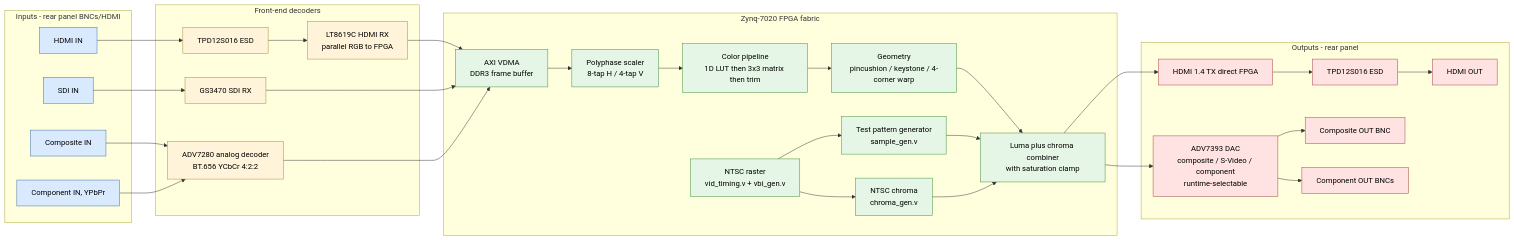
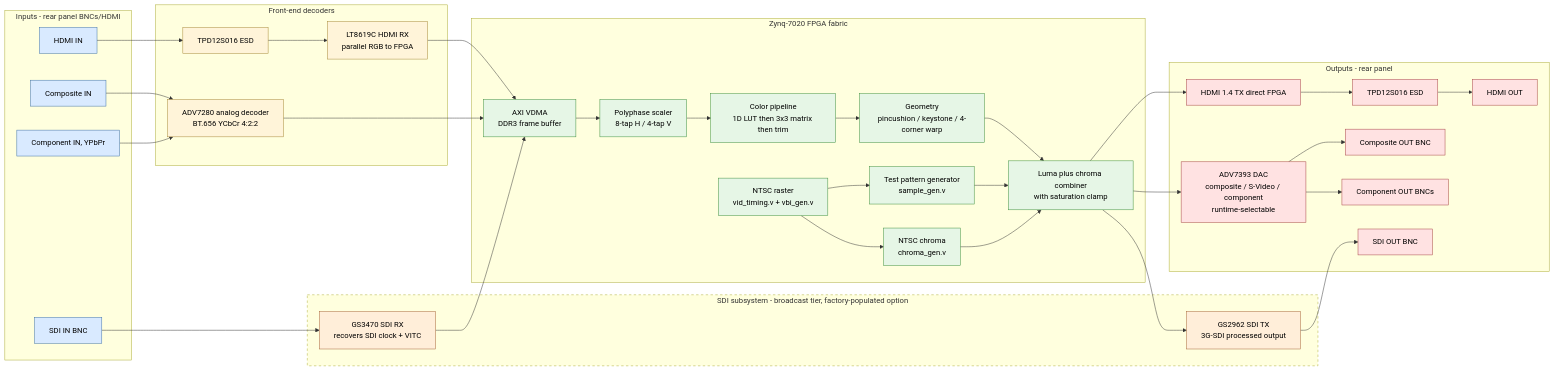
One commit to ibkickinit/schindler-clone changed the first of 3 diagrams in docs/signal-flow.md. Above: the diagram before and after it, drawn with Mermaid. The commit also changed other lines of this file, not shown here.

Commit message:
Signal flow diagram 1: add SDI subsystem with broadcast-tier framing
Updates the video signal path diagram in docs/signal-flow.md:

- Pull GS3470 out of the generic "Front-end decoders" group into a
  new dedicated SDI subsystem subgraph alongside GS2962 SDI TX.
- Add SDI OUT BNC node to the Outputs subgraph.
- Add MIX → GS2962 → SDI_OUT wiring (processed output, not passive
  loop-through — passive loop dropped in 2026-05-11 connector simp).
- Style the SDI subgraph with a dashed border to indicate it's a
  factory-populated hardware option per the broadcast-tier delivery
  decision; every V1 carrier has the footprints, but only broadcast
  units are populated.
- Update the notes block: explain the dashed-border framing, note
  that SDI OUT is fully processed through the FPGA pipeline, and
  cross-reference diagram 2 since GS3470 also feeds the genlock
  subsystem (SDI ref + VITC extraction).

````diff
--- a/docs/signal-flow.md
+++ b/docs/signal-flow.md
@@ -19,57 +19,66 @@
 ```mermaid
 flowchart LR
     classDef in fill:#d9eaff,stroke:#3a6ea5,color:#000
     classDef decode fill:#fff4d9,stroke:#a58634,color:#000
+    classDef sdi fill:#ffeed9,stroke:#a56234,color:#000
     classDef fpga fill:#e6f6e6,stroke:#3a8e3a,color:#000
     classDef out fill:#ffe2e2,stroke:#a54040,color:#000
 
     subgraph IN[Inputs - rear panel BNCs/HDMI]
         HDMI_IN[HDMI IN]:::in
-        SDI_IN[SDI IN]:::in
+        SDI_IN[SDI IN BNC]:::in
         CVBS_IN[Composite IN]:::in
         YPBPR_IN[Component IN, YPbPr]:::in
     end
 
     subgraph DECODE[Front-end decoders]
         TPD_IN[TPD12S016 ESD]:::decode
         LT8619C[LT8619C HDMI RX<br/>parallel RGB to FPGA]:::decode
-        GS3470[GS3470 SDI RX]:::decode
         ADV7280[ADV7280 analog decoder<br/>BT.656 YCbCr 4:2:2]:::decode
+    end
+
+    subgraph SDI_SUB[SDI subsystem - broadcast tier, factory-populated option]
+        GS3470[GS3470 SDI RX<br/>recovers SDI clock + VITC]:::sdi
+        GS2962[GS2962 SDI TX<br/>3G-SDI processed output]:::sdi
     end
 
     subgraph FPGA[Zynq-7020 FPGA fabric]
         VDMA[AXI VDMA<br/>DDR3 frame buffer]:::fpga
         SCALE[Polyphase scaler<br/>8-tap H / 4-tap V]:::fpga
         COLOR[Color pipeline<br/>1D LUT then 3x3 matrix then trim]:::fpga
         GEOM[Geometry<br/>pincushion / keystone / 4-corner warp]:::fpga
         TPG[Test pattern generator<br/>sample_gen.v]:::fpga
         TIMING[NTSC raster<br/>vid_timing.v + vbi_gen.v]:::fpga
         CHROMA[NTSC chroma<br/>chroma_gen.v]:::fpga
         MIX[Luma plus chroma combiner<br/>with saturation clamp]:::fpga
     end
 
     subgraph OUT[Outputs - rear panel]
         ADV7393[ADV7393 DAC<br/>composite / S-Video / component<br/>runtime-selectable]:::out
         HDMI_TX[HDMI 1.4 TX direct FPGA]:::out
         TPD_OUT[TPD12S016 ESD]:::out
         CVBS_OUT[Composite OUT BNC]:::out
         YPBPR_OUT[Component OUT BNCs]:::out
+        SDI_OUT[SDI OUT BNC]:::out
         HDMI_OUT[HDMI OUT]:::out
     end
 
     HDMI_IN --> TPD_IN --> LT8619C --> VDMA
     SDI_IN --> GS3470 --> VDMA
     CVBS_IN --> ADV7280
     YPBPR_IN --> ADV7280 --> VDMA
 
     VDMA --> SCALE --> COLOR --> GEOM --> MIX
     TPG --> MIX
     CHROMA --> MIX
     TIMING --> TPG
     TIMING --> CHROMA
 
     MIX --> ADV7393
     ADV7393 --> CVBS_OUT
     ADV7393 --> YPBPR_OUT
+    MIX --> GS2962 --> SDI_OUT
     MIX --> HDMI_TX --> TPD_OUT --> HDMI_OUT
+
+    style SDI_SUB stroke-dasharray: 5 5
 ```
````
